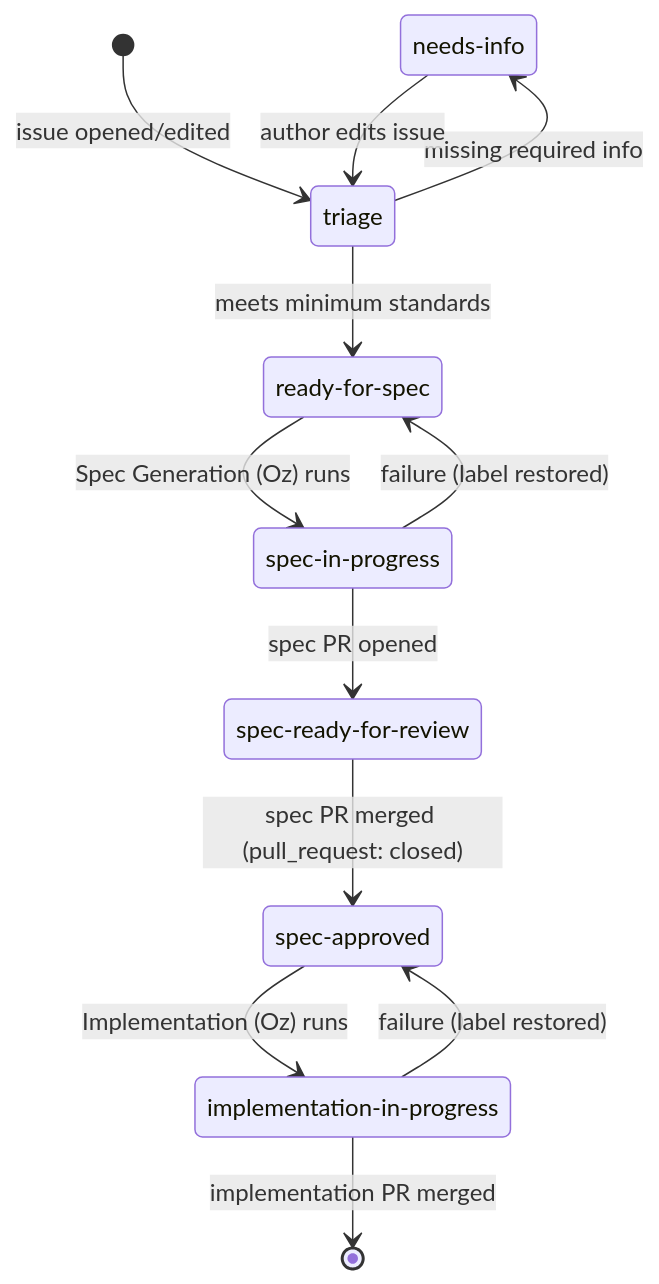
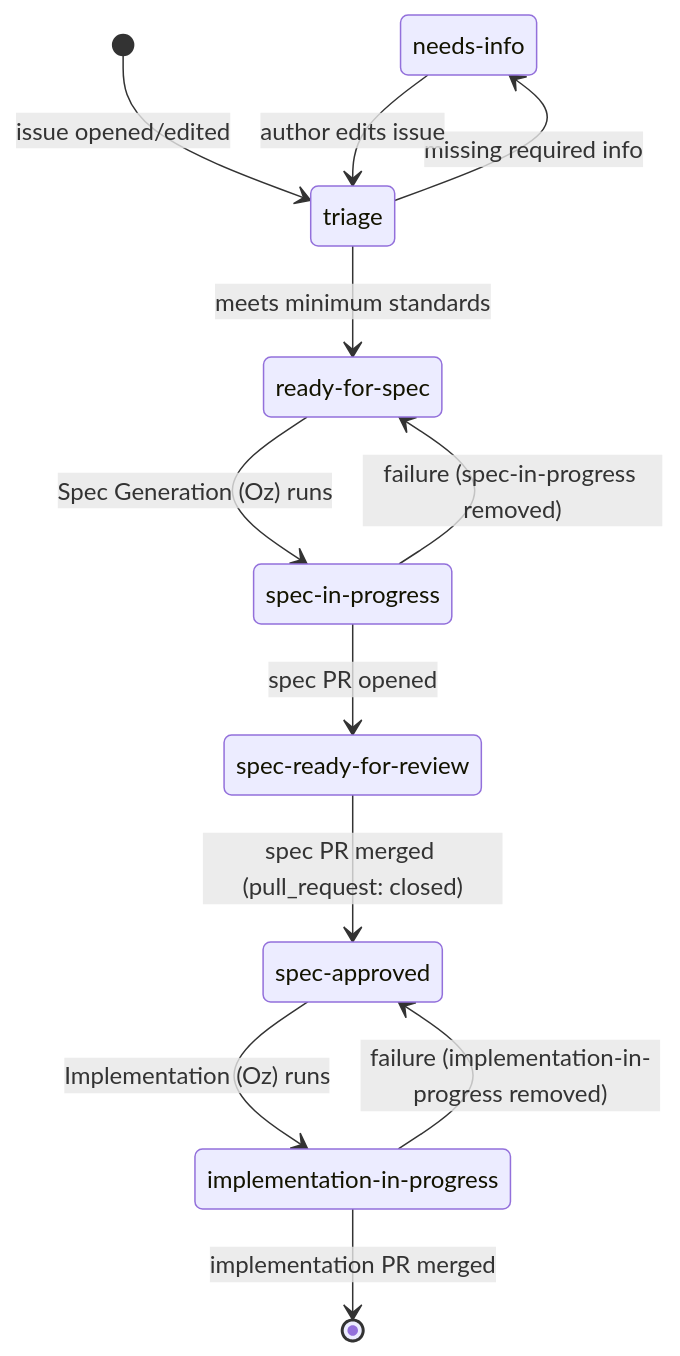
Before and after one commit to zachreborn/terraform-modules: the diagram in README.md, drawn with Mermaid. The commit also changed other lines of this file, not shown here.

````diff
--- a/README.md
+++ b/README.md
@@ -163,21 +163,21 @@
 ```mermaid
 stateDiagram-v2
     state "needs-info" as needs_info
     state "ready-for-spec" as ready_for_spec
     state "spec-in-progress" as spec_in_progress
     state "spec-ready-for-review" as spec_ready_for_review
     state "spec-approved" as spec_approved
     state "implementation-in-progress" as implementation_in_progress
 
     [*] --> triage: issue opened/edited
     triage --> needs_info: missing required info
     triage --> ready_for_spec: meets minimum standards
     needs_info --> triage: author edits issue
     ready_for_spec --> spec_in_progress: Spec Generation (Oz) runs
     spec_in_progress --> spec_ready_for_review: spec PR opened
-    spec_in_progress --> ready_for_spec: failure (label restored)
+    spec_in_progress --> ready_for_spec: failure (spec-in-progress removed)
     spec_ready_for_review --> spec_approved: spec PR merged (pull_request: closed)
     spec_approved --> implementation_in_progress: Implementation (Oz) runs
     implementation_in_progress --> [*]: implementation PR merged
-    implementation_in_progress --> spec_approved: failure (label restored)
+    implementation_in_progress --> spec_approved: failure (implementation-in-progress removed)
 ```
````
